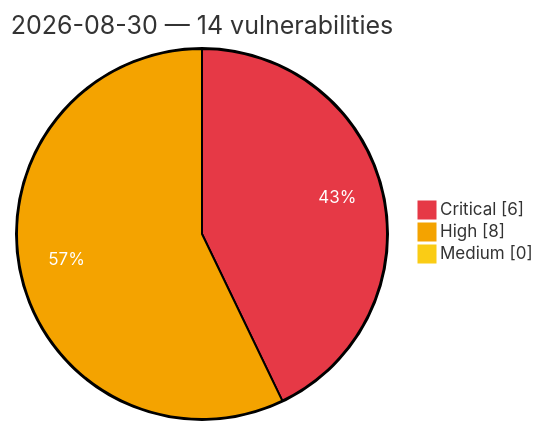
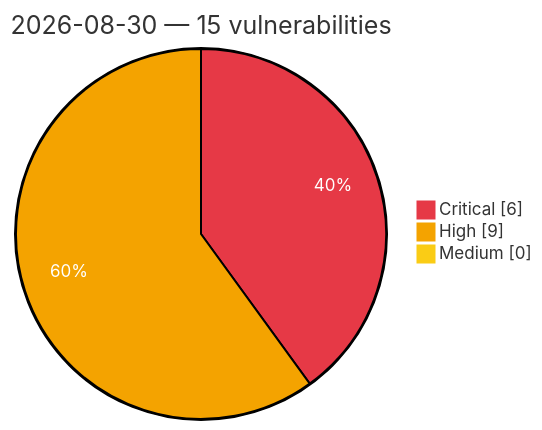
One commit to GhostX0X/vuln-tracker changed the diagram in vulnerabilities/2026/August/2026-08-30.md. Above: the diagram before and after it, drawn with Mermaid. The commit also changed other lines of this file and 5 other files, not shown here.

````diff
--- a/vulnerabilities/2026/August/2026-08-30.md
+++ b/vulnerabilities/2026/August/2026-08-30.md
@@ -3,8 +3,8 @@
 ```mermaid
 %%{init: {'theme':'base', 'themeVariables': {'pie1':'#e63946', 'pie2':'#f4a300', 'pie3':'#facc15', 'pieOpacity':'1', 'pieOuterStrokeWidth':'2px', 'pieSectionTextColor':'#ffffff'}}}%%
 pie showData
-    title 2026-08-30 — 14 vulnerabilities
+    title 2026-08-30 — 15 vulnerabilities
     "Critical" : 6
-    "High" : 8
+    "High" : 9
     "Medium" : 0
 ```
````
